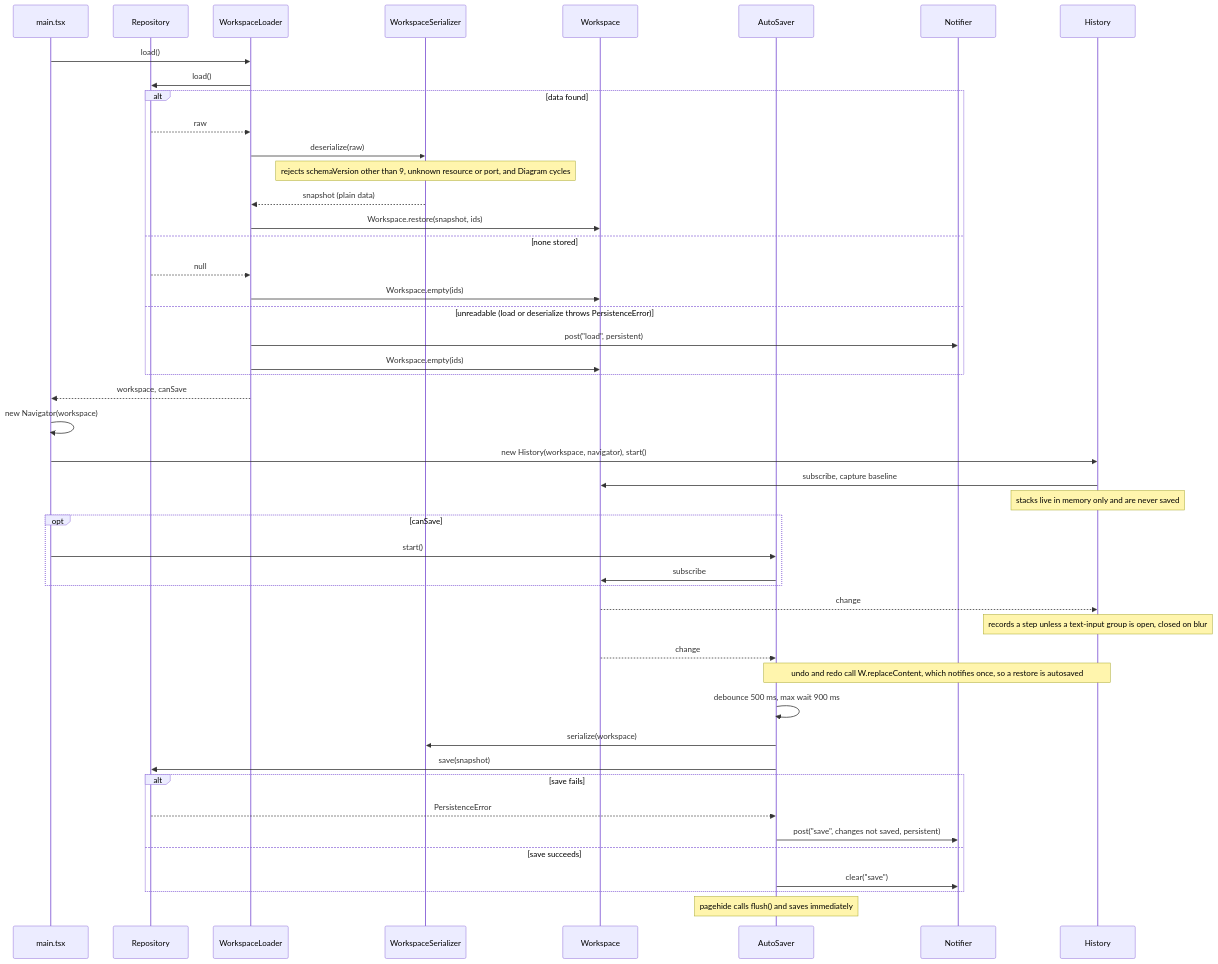
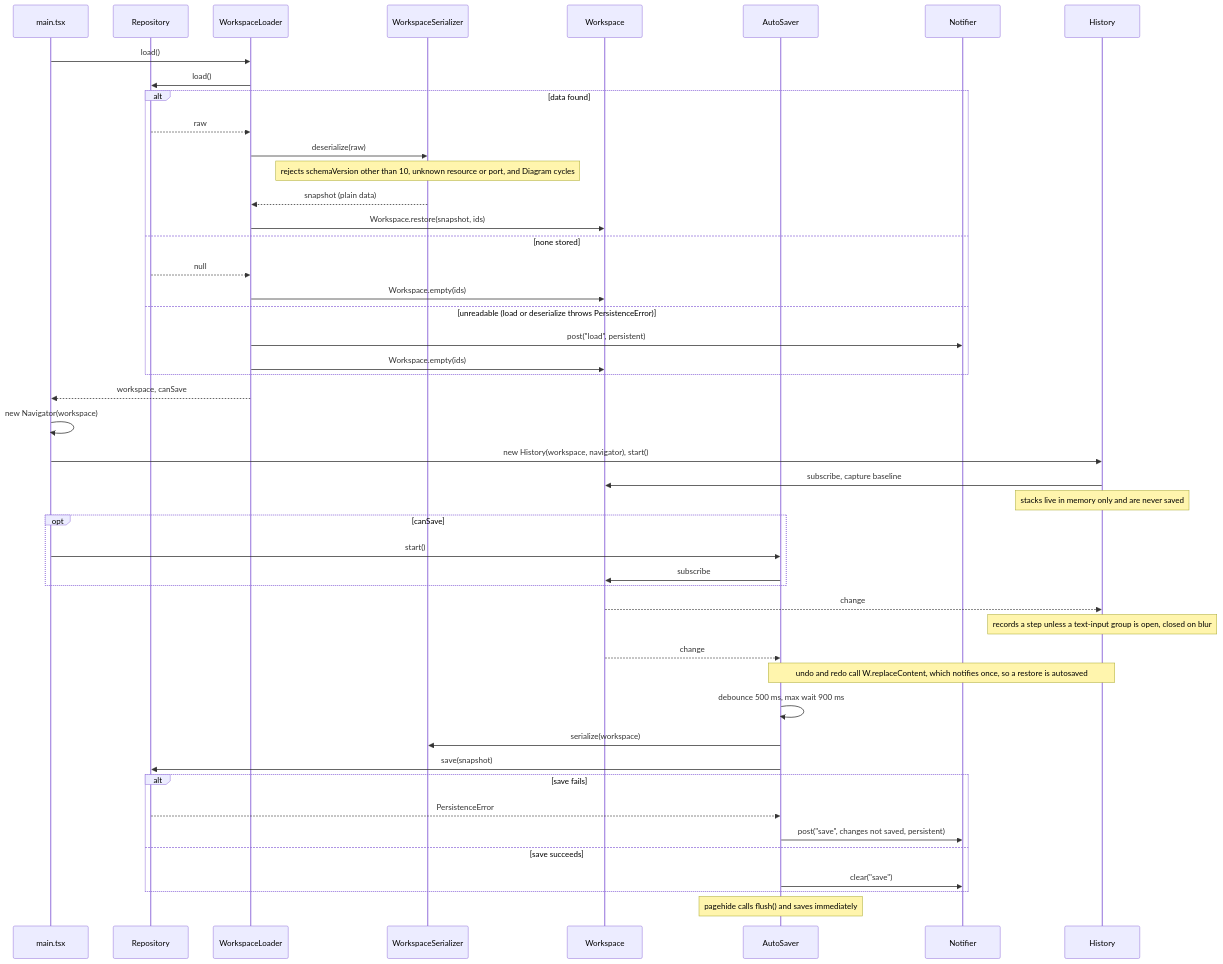
One commit to tylercoz/flow changed the diagram in docs/diagrams/startup-and-save.mmd. Above: the diagram before and after it, drawn with Mermaid. The commit also changed 61 other files, not shown here.

```diff
--- a/docs/diagrams/startup-and-save.mmd
+++ b/docs/diagrams/startup-and-save.mmd
@@ -1,47 +1,47 @@
 sequenceDiagram
     participant M as main.tsx
     participant R as Repository
     participant L as WorkspaceLoader
     participant S as WorkspaceSerializer
     participant W as Workspace
     participant A as AutoSaver
     participant N as Notifier
     participant H as History
     M->>L: load()
     L->>R: load()
     alt data found
         R-->>L: raw
         L->>S: deserialize(raw)
-        Note over S: rejects schemaVersion other than 9, unknown resource or port, and Diagram cycles
+        Note over S: rejects schemaVersion other than 10, unknown resource or port, and Diagram cycles
         S-->>L: snapshot (plain data)
         L->>W: Workspace.restore(snapshot, ids)
     else none stored
         R-->>L: null
         L->>W: Workspace.empty(ids)
     else unreadable (load or deserialize throws PersistenceError)
         L->>N: post("load", persistent)
         L->>W: Workspace.empty(ids)
     end
     L-->>M: workspace, canSave
     M->>M: new Navigator(workspace)
     M->>H: new History(workspace, navigator), start()
     H->>W: subscribe, capture baseline
     Note over H: stacks live in memory only and are never saved
     opt canSave
         M->>A: start()
         A->>W: subscribe
     end
     W-->>H: change
     Note over H: records a step unless a text-input group is open, closed on blur
     W-->>A: change
     Note over H,A: undo and redo call W.replaceContent, which notifies once, so a restore is autosaved
     A->>A: debounce 500 ms, max wait 900 ms
     A->>S: serialize(workspace)
     A->>R: save(snapshot)
     alt save fails
         R-->>A: PersistenceError
         A->>N: post("save", changes not saved, persistent)
     else save succeeds
         A->>N: clear("save")
     end
     Note over A: pagehide calls flush() and saves immediately
```
